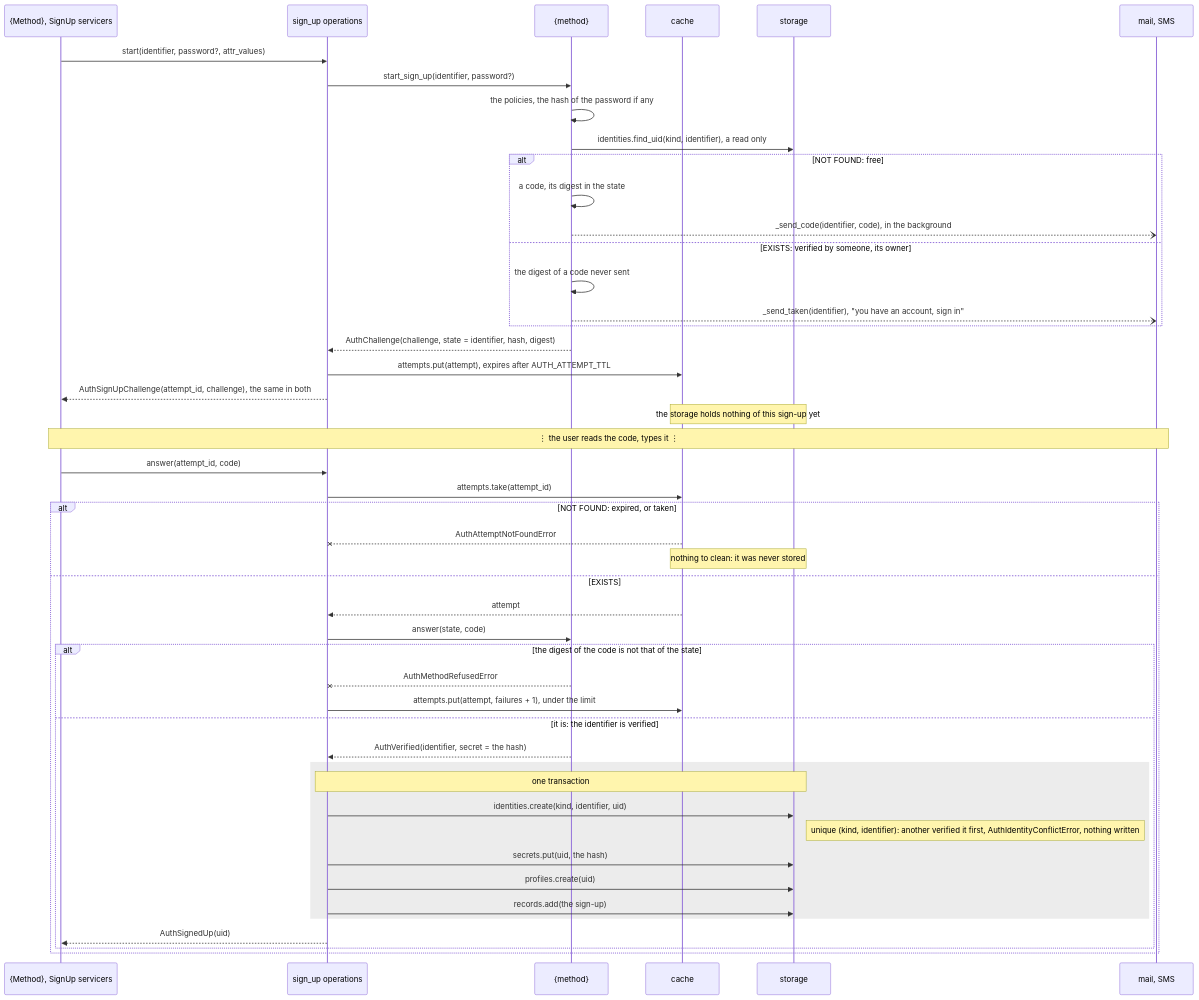
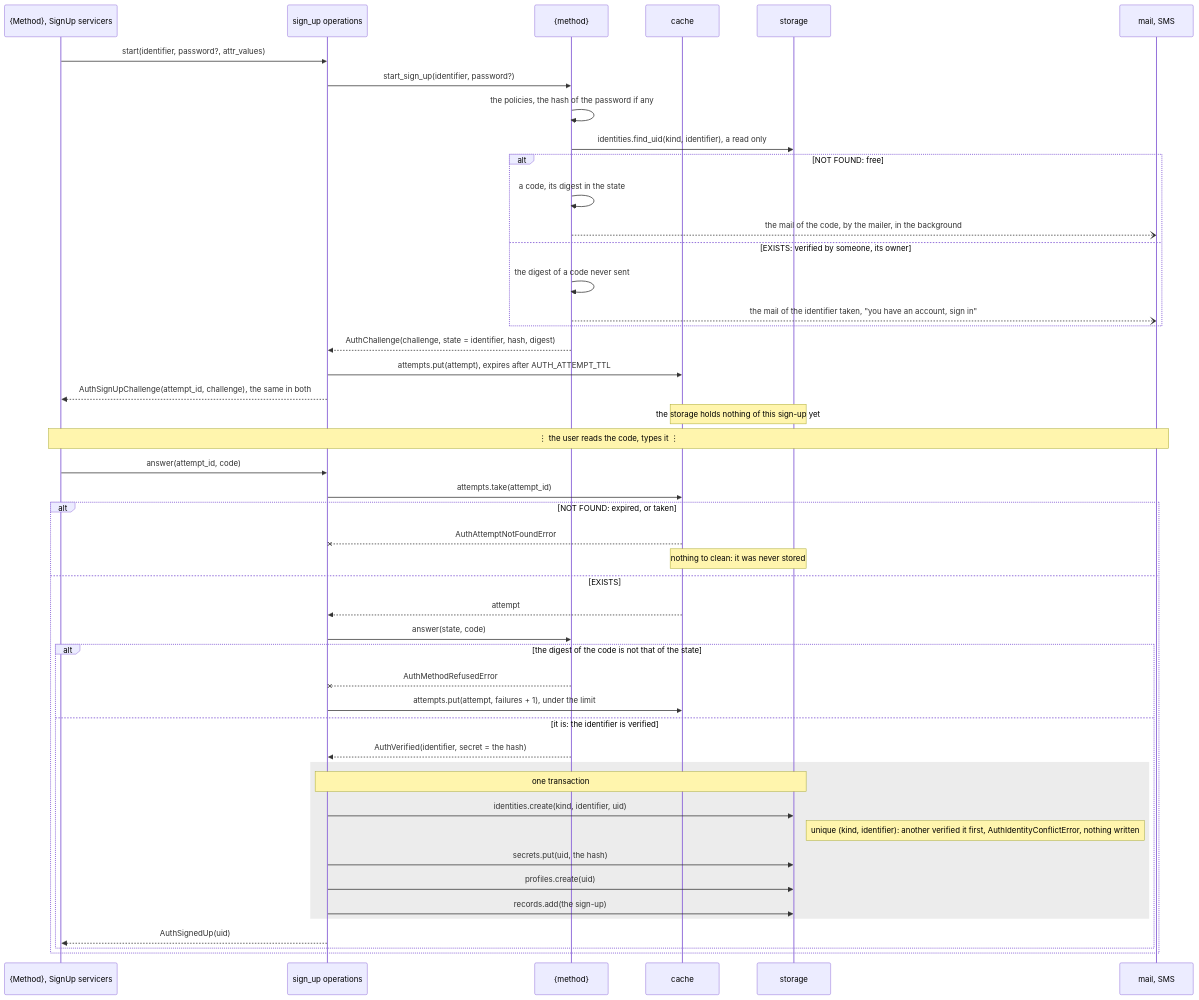
One commit to ak-ingots/ingots-libs changed the fourth of 4 diagrams in docs/design/auth/methods/README.md. Above: the diagram before and after it, drawn with Mermaid. The commit also changed other lines of this file and 3 other files, not shown here.

First line of the commit message:
Make the methods whole, the mail by a mailer of the auth (#35)

````diff
--- a/docs/design/auth/methods/README.md
+++ b/docs/design/auth/methods/README.md
@@ -281,49 +281,49 @@
 ```mermaid
 sequenceDiagram
     participant Servicer as {Method}, SignUp servicers
     participant Flow as sign_up operations
     participant Method as {method}
     participant Cache as cache
     participant Storage as storage
     participant Outside as mail, SMS
     Servicer->>Flow: start(identifier, password?, attr_values)
     Flow->>Method: start_sign_up(identifier, password?)
     Method->>Method: the policies, the hash of the password if any
     Method->>Storage: identities.find_uid(kind, identifier), a read only
     alt NOT FOUND: free
         Method->>Method: a code, its digest in the state
-        Method--)Outside: _send_code(identifier, code), in the background
+        Method--)Outside: the mail of the code, by the mailer, in the background
     else EXISTS: verified by someone, its owner
         Method->>Method: the digest of a code never sent
-        Method--)Outside: _send_taken(identifier), "you have an account, sign in"
+        Method--)Outside: the mail of the identifier taken, "you have an account, sign in"
     end
     Method-->>Flow: AuthChallenge(challenge, state = identifier, hash, digest)
     Flow->>Cache: attempts.put(attempt), expires after AUTH_ATTEMPT_TTL
     Flow-->>Servicer: AuthSignUpChallenge(attempt_id, challenge), the same in both
     Note over Cache,Storage: the storage holds nothing of this sign-up yet
     Note over Servicer,Outside: ⋮ the user reads the code, types it ⋮
     Servicer->>Flow: answer(attempt_id, code)
     Flow->>Cache: attempts.take(attempt_id)
     alt NOT FOUND: expired, or taken
         Cache--xFlow: AuthAttemptNotFoundError
         Note over Cache,Storage: nothing to clean: it was never stored
     else EXISTS
         Cache-->>Flow: attempt
         Flow->>Method: answer(state, code)
         alt the digest of the code is not that of the state
             Method--xFlow: AuthMethodRefusedError
             Flow->>Cache: attempts.put(attempt, failures + 1), under the limit
         else it is: the identifier is verified
             Method-->>Flow: AuthVerified(identifier, secret = the hash)
             rect rgba(128, 128, 128, 0.15)
                 Note over Flow,Storage: one transaction
                 Flow->>Storage: identities.create(kind, identifier, uid)
                 Note right of Storage: unique (kind, identifier): another verified it first, AuthIdentityConflictError, nothing written
                 Flow->>Storage: secrets.put(uid, the hash)
                 Flow->>Storage: profiles.create(uid)
                 Flow->>Storage: records.add(the sign-up)
             end
             Flow-->>Servicer: AuthSignedUp(uid)
         end
     end
 ```
````
